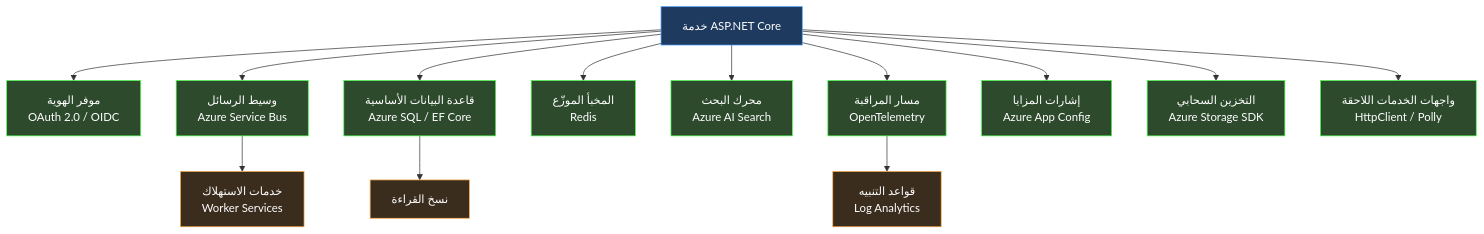
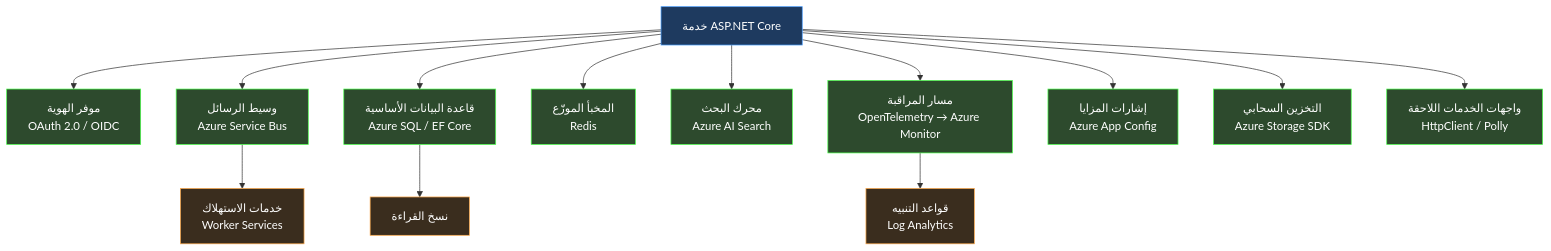
One commit to TarekNajem04/AI-Assisted-Professional-Engineering-with-.NET changed the diagram in book/chapters/Chapter-01/sections/section-01.ar.md. Above: the diagram before and after it, drawn with Mermaid. The commit also changed other lines of this file and 3 other files, not shown here.

````diff
--- a/book/chapters/Chapter-01/sections/section-01.ar.md
+++ b/book/chapters/Chapter-01/sections/section-01.ar.md
@@ -27,30 +27,30 @@
 ```mermaid id="diagram-01-01"
 graph TD
     A[خدمة ASP.NET Core] --> B[موفر الهوية<br/>OAuth 2.0 / OIDC]
     A --> C[وسيط الرسائل<br/>Azure Service Bus]
     A --> D[قاعدة البيانات الأساسية<br/>Azure SQL / EF Core]
     A --> E[المخبأ الموزّع<br/>Redis]
     A --> F[محرك البحث<br/>Azure AI Search]
-    A --> G[مسار المراقبة<br/>OpenTelemetry]
+    A --> G[مسار المراقبة<br/>OpenTelemetry → Azure Monitor]
     A --> H[إشارات المزايا<br/>Azure App Config]
     A --> I[التخزين السحابي<br/>Azure Storage SDK]
     A --> J[واجهات الخدمات اللاحقة<br/>HttpClient / Polly]
 
     C --> K[خدمات الاستهلاك<br/>Worker Services]
     D --> L[نسخ القراءة]
     G --> M[قواعد التنبيه<br/>Log Analytics]
 
     style A fill:#1e3a5f,color:#fff,stroke:#4a9eff
     style B fill:#2d4a2d,color:#fff,stroke:#4aff4a
     style C fill:#2d4a2d,color:#fff,stroke:#4aff4a
     style D fill:#2d4a2d,color:#fff,stroke:#4aff4a
     style E fill:#2d4a2d,color:#fff,stroke:#4aff4a
     style F fill:#2d4a2d,color:#fff,stroke:#4aff4a
     style G fill:#2d4a2d,color:#fff,stroke:#4aff4a
     style H fill:#2d4a2d,color:#fff,stroke:#4aff4a
     style I fill:#2d4a2d,color:#fff,stroke:#4aff4a
     style J fill:#2d4a2d,color:#fff,stroke:#4aff4a
     style K fill:#3a2d1e,color:#fff,stroke:#ffaa4a
     style L fill:#3a2d1e,color:#fff,stroke:#ffaa4a
     style M fill:#3a2d1e,color:#fff,stroke:#ffaa4a
 ```
````
